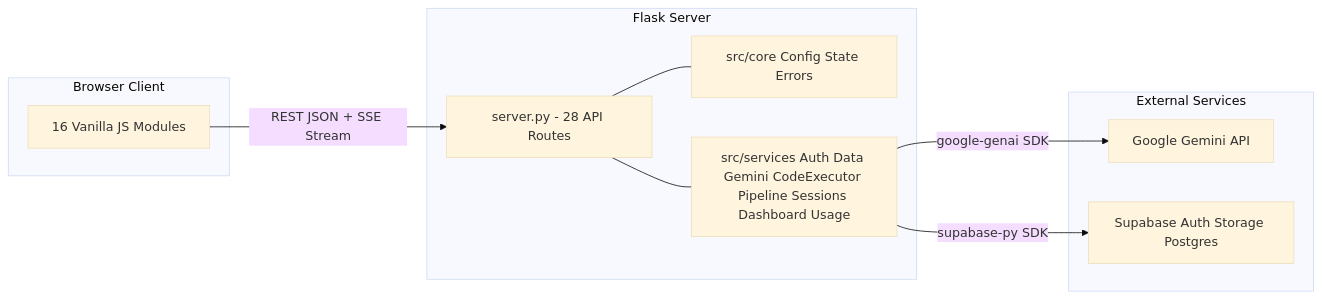
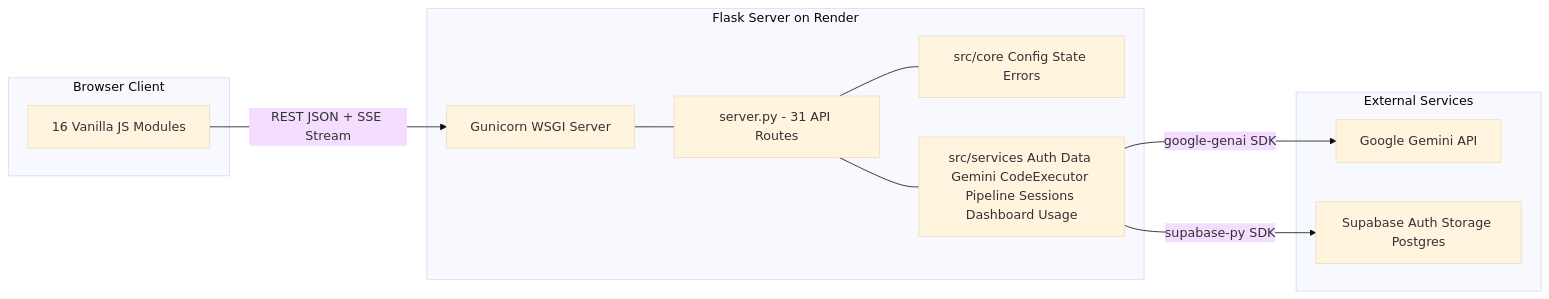
One commit to DAVID02lah/DataTalk changed the first of 2 diagrams in README.md. Above: the diagram before and after it, drawn with Mermaid (base theme). The commit also changed other lines of this file, not shown here.

````diff
--- a/README.md
+++ b/README.md
@@ -57,23 +61,25 @@
 ```mermaid
 graph LR
     subgraph BROWSER[Browser Client]
         JS[16 Vanilla JS Modules]
     end
 
-    subgraph SERVER[Flask Server]
-        ROUTER[server.py - 28 API Routes]
+    subgraph SERVER[Flask Server on Render]
+        GUNICORN[Gunicorn WSGI Server]
+        ROUTER[server.py - 31 API Routes]
         CORE[src/core Config State Errors]
         SERVICES[src/services Auth Data Gemini CodeExecutor Pipeline Sessions Dashboard Usage]
+        GUNICORN --- ROUTER
         ROUTER --- CORE
         ROUTER --- SERVICES
     end
 
     subgraph EXTERNAL[External Services]
         GEMINI[Google Gemini API]
         SUPABASE[Supabase Auth Storage Postgres]
     end
 
-    JS -->|REST JSON + SSE Stream| ROUTER
+    JS -->|REST JSON + SSE Stream| GUNICORN
     SERVICES -->|google-genai SDK| GEMINI
     SERVICES -->|supabase-py SDK| SUPABASE
 ```
````
